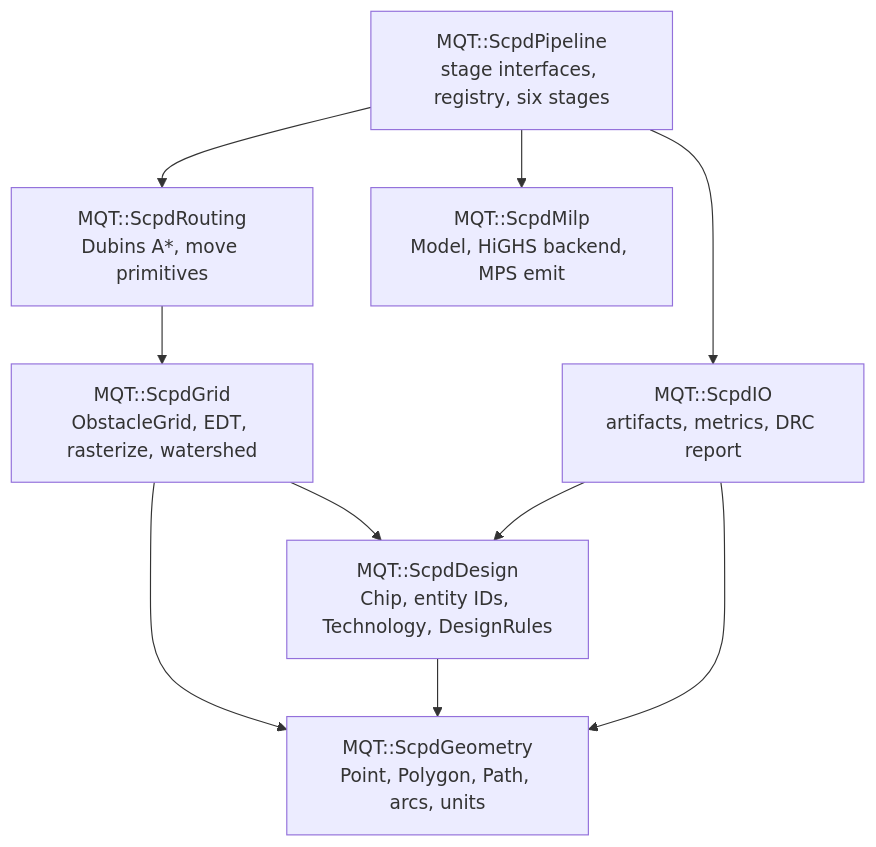
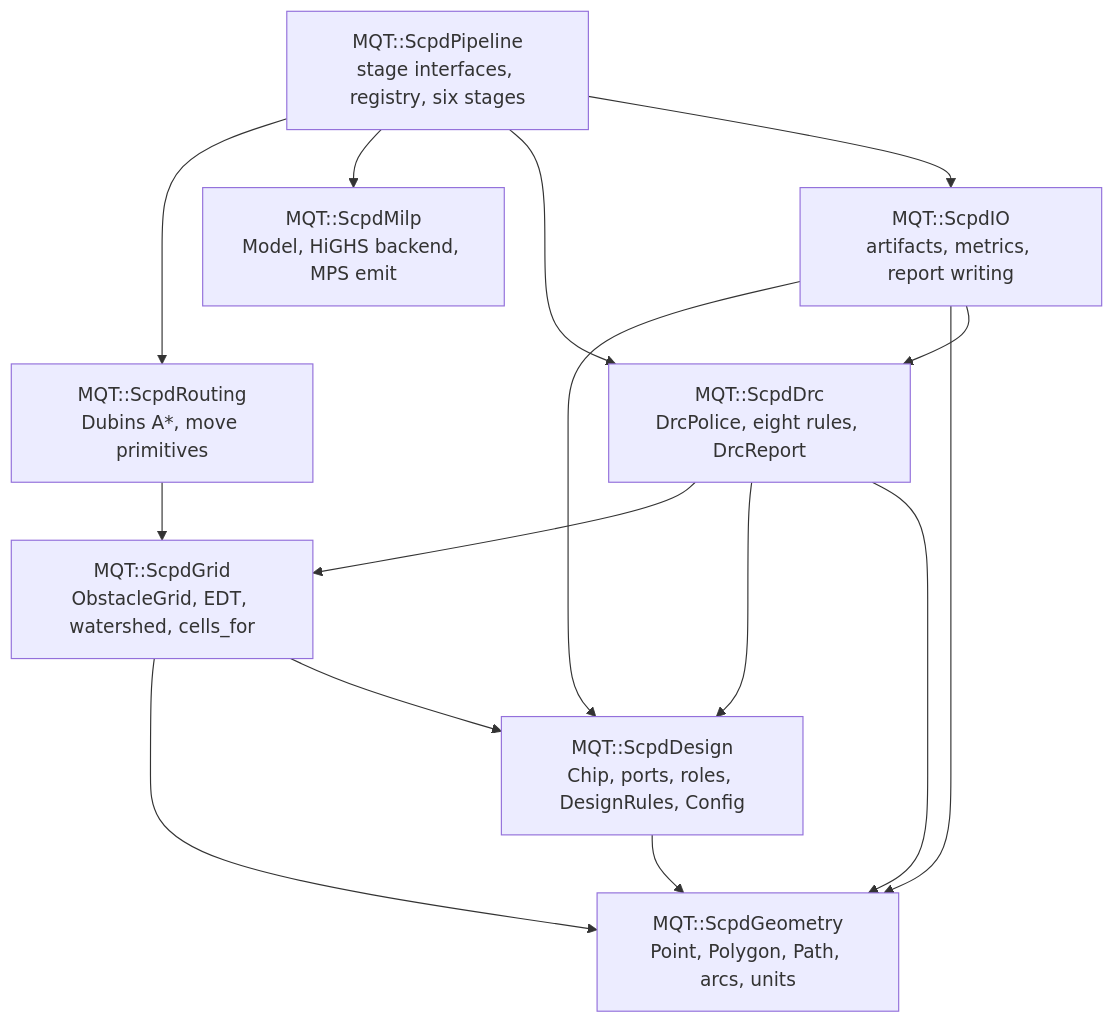
The third of 5 diagrams in ARCHITECTURE.md (munich-quantum-toolkit/scpd), drawn with Mermaid before and after one commit. The commit also changed other lines of this file and 18 other files, not shown here.

Commit message:
📝 Changed Architecture for review ready version

````diff
--- a/ARCHITECTURE.md
+++ b/ARCHITECTURE.md
@@ -112,20 +123,26 @@
 ```mermaid
 graph TD
   geometry[MQT::ScpdGeometry<br/>Point, Polygon, Path, arcs, units]
-  design[MQT::ScpdDesign<br/>Chip, entity IDs, Technology, DesignRules]
-  grid[MQT::ScpdGrid<br/>ObstacleGrid, EDT, rasterize, watershed]
+  design[MQT::ScpdDesign<br/>Chip, ports, roles, DesignRules, Config]
+  grid[MQT::ScpdGrid<br/>ObstacleGrid, EDT, watershed, cells_for]
   routing[MQT::ScpdRouting<br/>Dubins A*, move primitives]
   milp[MQT::ScpdMilp<br/>Model, HiGHS backend, MPS emit]
+  drc[MQT::ScpdDrc<br/>DrcPolice, eight rules, DrcReport]
   pipeline[MQT::ScpdPipeline<br/>stage interfaces, registry, six stages]
-  io[MQT::ScpdIO<br/>artifacts, metrics, DRC report]
+  io[MQT::ScpdIO<br/>artifacts, metrics, report writing]
 
   design --> geometry
   grid --> geometry
   grid --> design
   routing --> grid
+  drc --> grid
+  drc --> design
+  drc --> geometry
   io --> design
   io --> geometry
+  io --> drc
   pipeline --> routing
   pipeline --> milp
+  pipeline --> drc
   pipeline --> io
 ```
````
